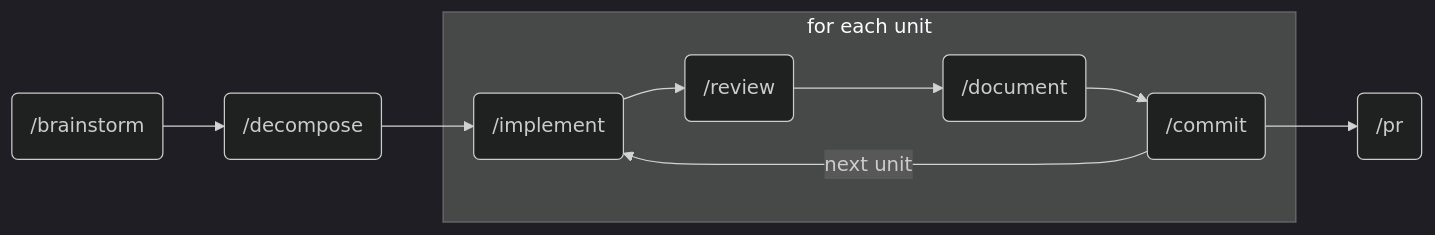
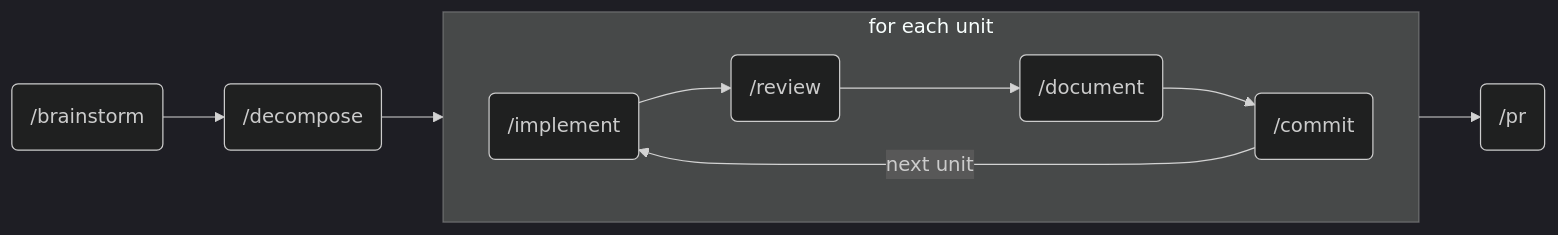
Before and after one commit to JSA-Partners/claude-essentials: the diagram in README.md, drawn with Mermaid (dark theme). The commit also changed other lines of this file and 5 other files, not shown here.

````diff
--- a/README.md
+++ b/README.md
@@ -32,12 +32,13 @@
 ```mermaid
 flowchart LR
     A("/brainstorm") --> B("/decompose")
 
     subgraph unit ["for each unit"]
+        direction LR
         C("/implement") --> D("/review") --> E("/document") --> F("/commit")
         F -- next unit --> C
     end
 
     B --> C
     F --> G("/pr")
 ```
````
